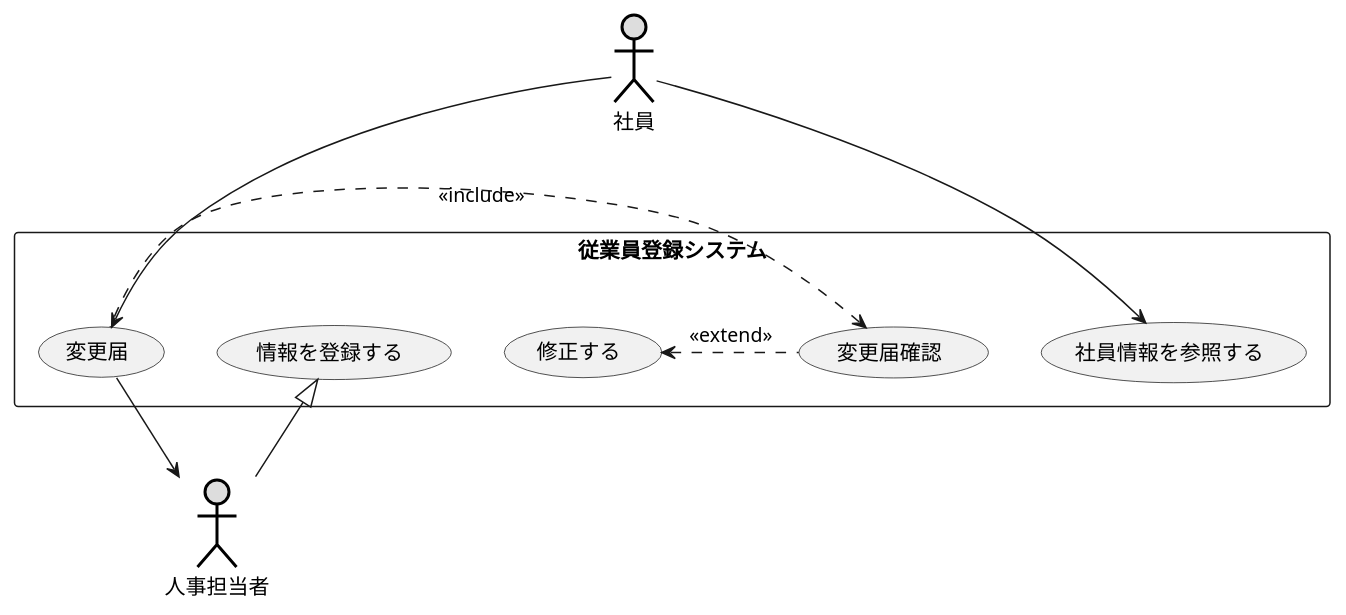
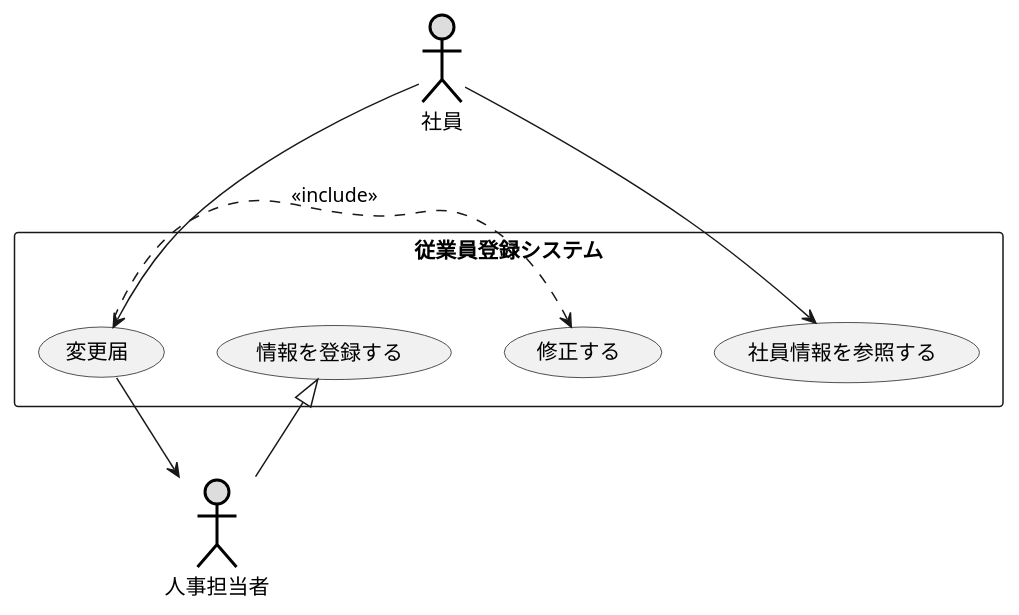
Before and after one commit to kamideteshuuto/uml-introduction: the diagram in 演習2-5_盛岡システム_従業員登録システム.pu, drawn with PlantUML. The commit also changed 17 other files, not shown here.

```diff
--- a/演習2-5_盛岡システム_従業員登録システム.pu
+++ b/演習2-5_盛岡システム_従業員登録システム.pu
@@ -1,19 +1,19 @@
 @startuml ユースケース図
 actor 人事担当者#DDDDDD;line:black;line.bold;
 actor 社員#DDDDDD;line:black;line.bold;
 rectangle 従業員登録システム {
 usecase 情報を登録する
 usecase 社員情報を参照する
 usecase 変更届
-usecase 変更届確認
-usecase (修正する) as input
+usecase 修正する
+
 }
 社員 --> 変更届
-変更届確認<. 変更届: << include >>
-input <. (変更届確認) : <<extend>>
+修正する<. 変更届: << include >>
+
 変更届 --> 人事担当者
 人事担当者 --|> 情報を登録する
 社員-->社員情報を参照する
 
 
 @enduml
```
